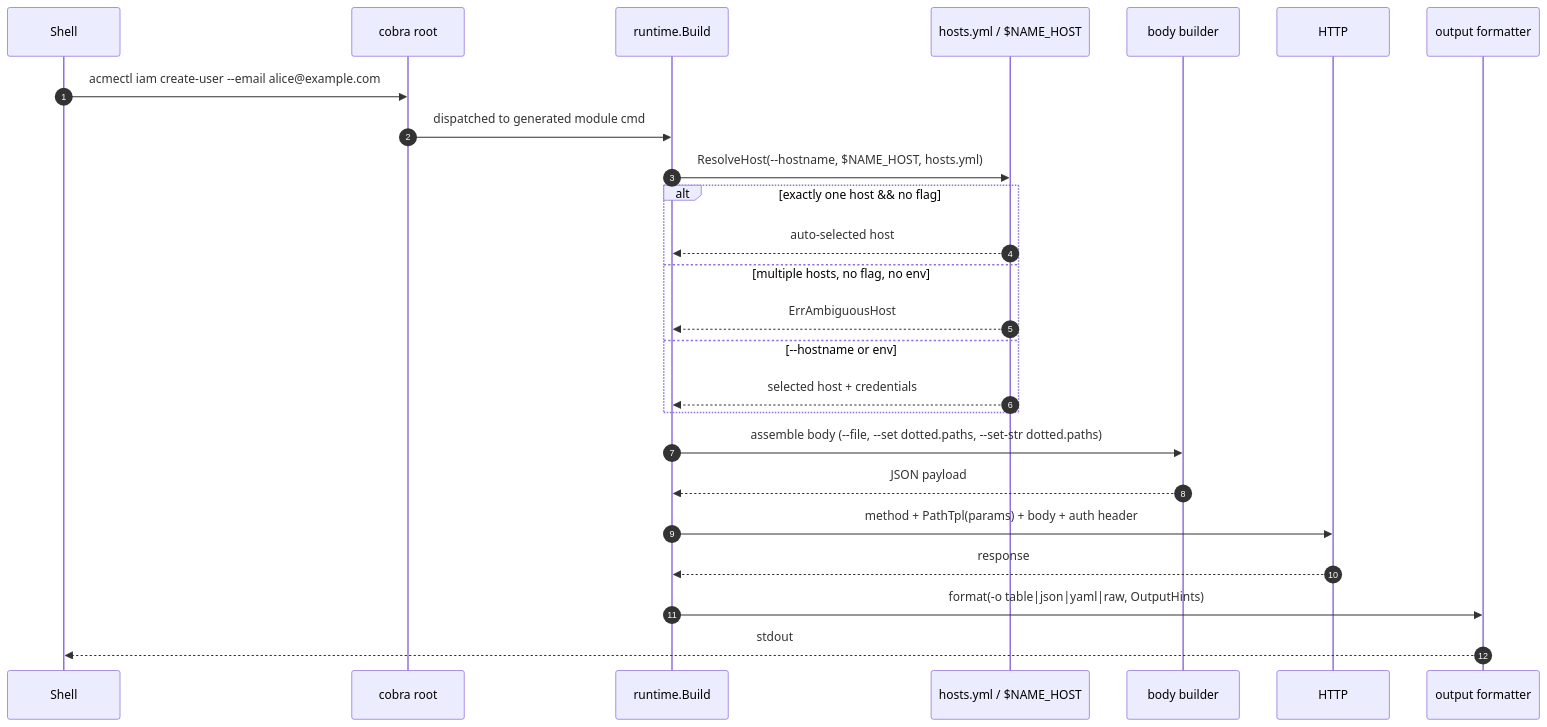
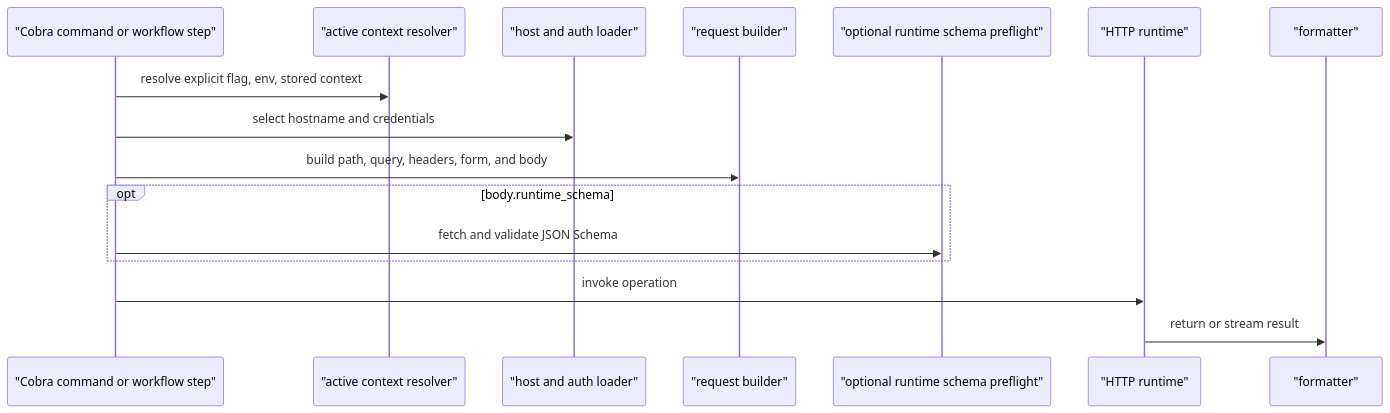
One commit to lathe-cli/lathe changed the second of 2 diagrams in docs/architecture.md. Above: the diagram before and after it, drawn with Mermaid. The commit also changed other lines of this file and 24 other files, not shown here.

````diff
--- a/docs/architecture.md
+++ b/docs/architecture.md
@@ -246,31 +101,19 @@
 ```mermaid
 sequenceDiagram
-    autonumber
-    participant Shell
-    participant Root as cobra root
-    participant Runner as runtime.Build
-    participant Host as hosts.yml / $NAME_HOST
-    participant Body as body builder
-    participant HTTP
-    participant Out as output formatter
+    participant Command as "Cobra command or workflow step"
+    participant Context as "active context resolver"
+    participant Host as "host and auth loader"
+    participant Body as "request builder"
+    participant Schema as "optional runtime schema preflight"
+    participant Client as "HTTP runtime"
+    participant Output as "formatter"
 
-    Shell->>Root: acmectl iam create-user --email alice@example.com
-    Root->>Runner: dispatched to generated module cmd
-    Runner->>Host: ResolveHost(--hostname, $NAME_HOST, hosts.yml)
-    alt exactly one host && no flag
-        Host-->>Runner: auto-selected host
-    else multiple hosts, no flag, no env
-        Host-->>Runner: ErrAmbiguousHost
-    else --hostname or env
-        Host-->>Runner: selected host + credentials
+    Command->>Context: resolve explicit flag, env, stored context
+    Command->>Host: select hostname and credentials
+    Command->>Body: build path, query, headers, form, and body
+    opt body.runtime_schema
+        Command->>Schema: fetch and validate JSON Schema
     end
-
-    Runner->>Body: assemble body (--file, --set dotted.paths, --set-str dotted.paths)
-    Body-->>Runner: JSON payload
-
-    Runner->>HTTP: method + PathTpl(params) + body + auth header
-    HTTP-->>Runner: response
-
-    Runner->>Out: format(-o table|json|yaml|raw, OutputHints)
-    Out-->>Shell: stdout
+    Command->>Client: invoke operation
+    Client->>Output: return or stream result
 ```
````
